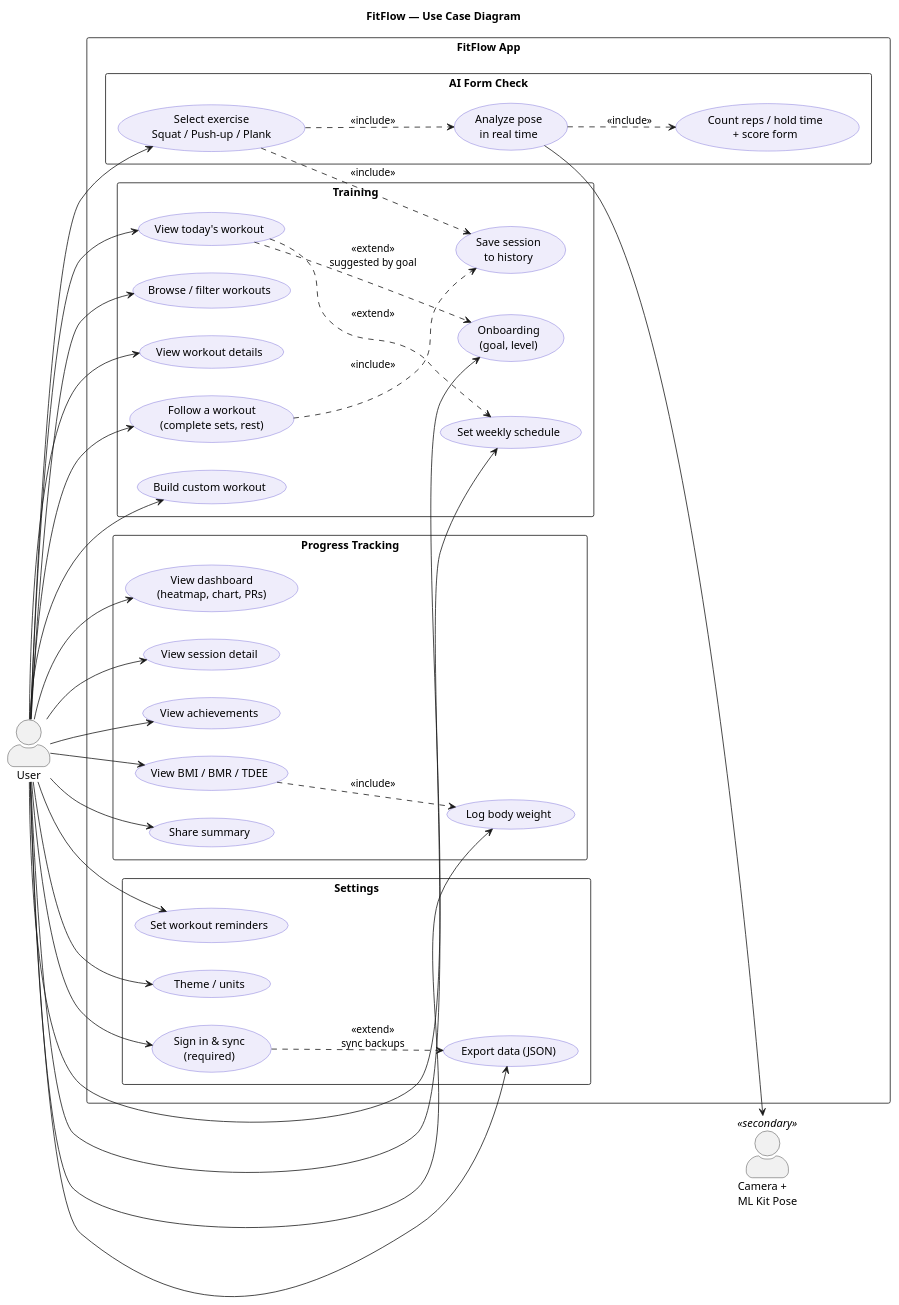
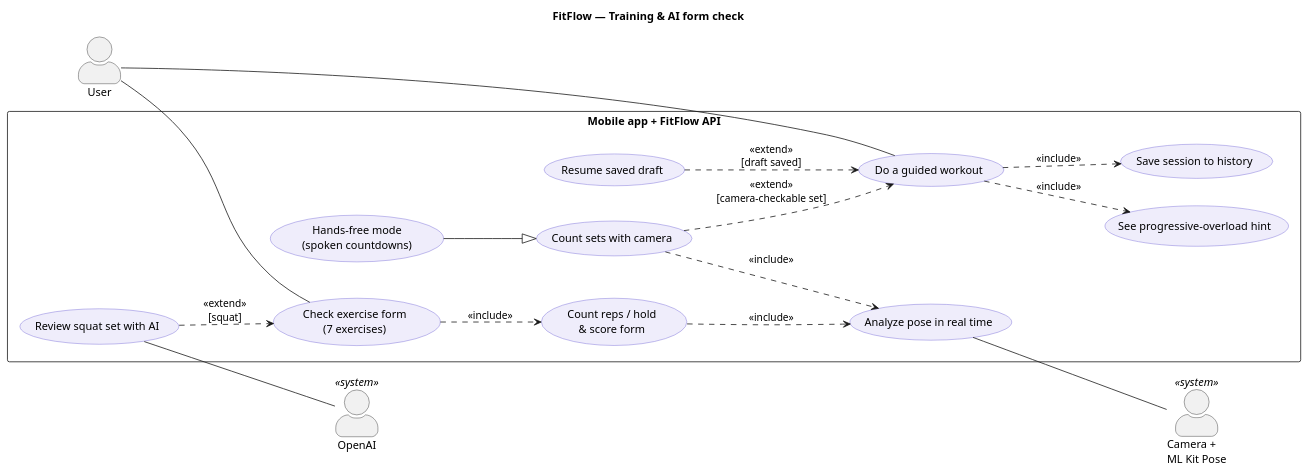
One commit to PRM-393-G5/fitflow changed the fourth of 7 diagrams in docs/usecase.puml. Above: the diagram before and after it, drawn with PlantUML. The commit also changed other lines of this file and 10 other files, not shown here.

First line of the commit message:
Redo the use case diagrams in draw.io, admin web included

```diff
--- a/docs/usecase.puml
+++ b/docs/usecase.puml
@@ -1,79 +126,38 @@
-@startuml FitFlow - Use Case Diagram
-title FitFlow — Use Case Diagram
+@startuml fitflow-usecase-training-form-check
+title FitFlow — Training & AI form check
 left to right direction
 skinparam packageStyle rectangle
+skinparam actorStyle awesome
 skinparam usecase {
   BackgroundColor #EFEDFB
   BorderColor #6558D3
 }
-skinparam actorStyle awesome
-
 actor "User" as user
-actor "Camera +\nML Kit Pose" as camera << secondary >>
-
-rectangle "FitFlow App" {
-
-  package "Training" {
-    usecase "Onboarding\n(goal, level)" as UC0
-    usecase "View today's workout" as UC1
-    usecase "Browse / filter workouts" as UC2
-    usecase "View workout details" as UC3
-    usecase "Follow a workout\n(complete sets, rest)" as UC4
-    usecase "Build custom workout" as UC5
-    usecase "Set weekly schedule" as UC6
-    usecase "Save session\nto history" as UC7
-  }
-
-  package "AI Form Check" {
-    usecase "Select exercise\nSquat / Push-up / Plank" as UC8
-    usecase "Analyze pose\nin real time" as UC9
-    usecase "Count reps / hold time\n+ score form" as UC10
-  }
-
-  package "Progress Tracking" {
-    usecase "View dashboard\n(heatmap, chart, PRs)" as UC11
-    usecase "View session detail" as UC12
-    usecase "View achievements" as UC13
-    usecase "Log body weight" as UC14
-    usecase "View BMI / BMR / TDEE" as UC15
-    usecase "Share summary" as UC16
-  }
-
-  package "Settings" {
-    usecase "Set workout reminders" as UC17
-    usecase "Theme / units" as UC18
-    usecase "Export data (JSON)" as UC19
-    usecase "Sign in & sync\n(required)" as UC20
-  }
+actor "Camera +\nML Kit Pose" as camera <<system>>
+actor "OpenAI" as openai <<system>>
+rectangle "Mobile app + FitFlow API" {
+  usecase "Do a guided workout" as t1
+  usecase "See progressive-overload hint" as t2
+  usecase "Save session to history" as t3
+  usecase "Resume saved draft" as t4
+  usecase "Count sets with camera" as t5
+  usecase "Hands-free mode\n(spoken countdowns)" as t6
+  usecase "Check exercise form\n(7 exercises)" as f1
+  usecase "Count reps / hold\n& score form" as f3
+  usecase "Analyze pose in real time" as f2
+  usecase "Review squat set with AI" as f4
 }
-
-user --> UC0
-user --> UC1
-user --> UC2
-user --> UC3
-user --> UC4
-user --> UC5
-user --> UC6
-user --> UC8
-user --> UC11
-user --> UC12
-user --> UC13
-user --> UC14
-user --> UC15
-user --> UC16
-user --> UC17
-user --> UC18
-user --> UC19
-user --> UC20
-
-UC1 ..> UC0 : <<extend>>\nsuggested by goal
-UC1 ..> UC6 : <<extend>>
-UC4 ..> UC7 : <<include>>
-UC8 ..> UC9 : <<include>>
-UC9 ..> UC10 : <<include>>
-UC8 ..> UC7 : <<include>>
-UC15 ..> UC14 : <<include>>
-UC20 ..> UC19 : <<extend>>\nsync backups
-
-UC9 --> camera
+user -- t1
+user -- f1
+t1 ..> t2 : <<include>>
+t1 ..> t3 : <<include>>
+t4 ..> t1 : <<extend>>\n[draft saved]
+t5 ..> t1 : <<extend>>\n[camera-checkable set]
+t6 --|> t5
+t5 ..> f2 : <<include>>
+f1 ..> f3 : <<include>>
+f3 ..> f2 : <<include>>
+f2 -- camera
+f4 ..> f1 : <<extend>>\n[squat]
+f4 -- openai
 @enduml
```
